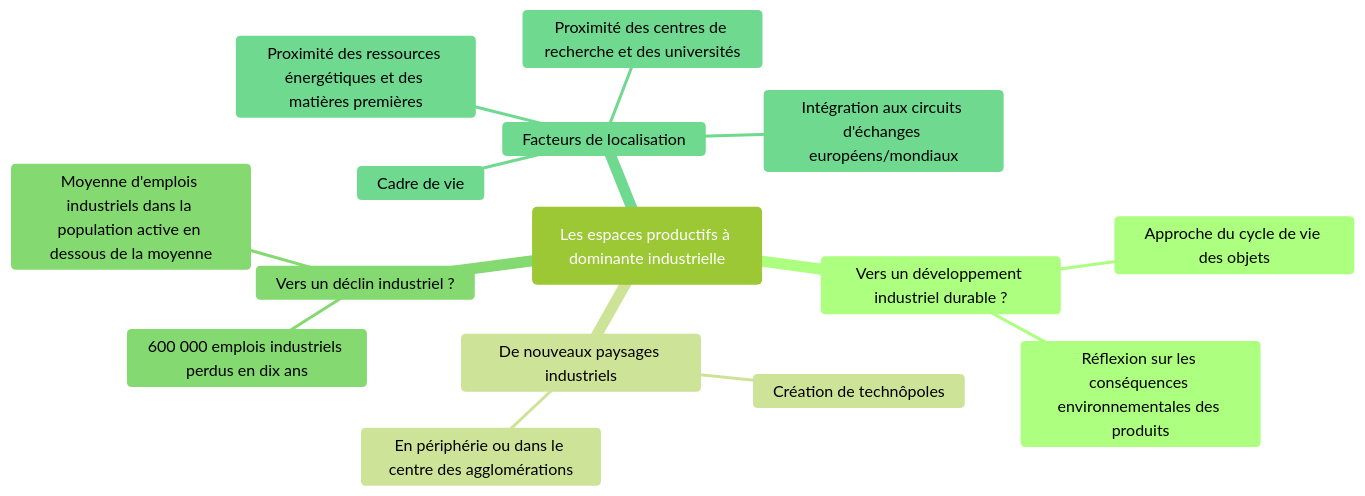
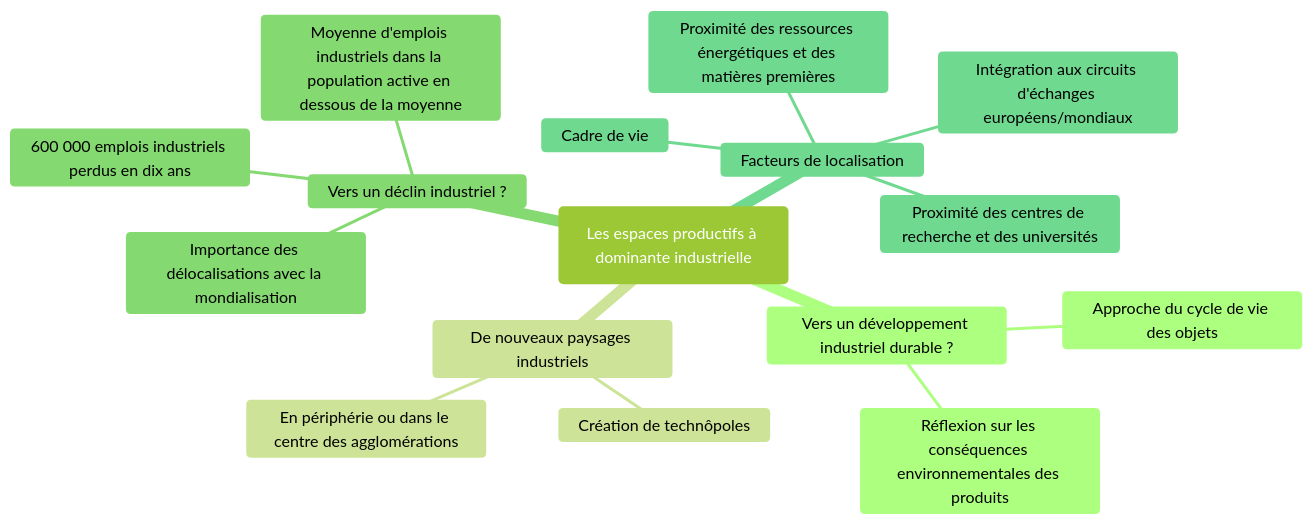
One commit to Labfox/Cours changed the first of 2 diagrams in docs/history-geography/geography/theme1/chapter2/main.md. Above: the diagram before and after it, drawn with Mermaid (forest theme). The commit also changed other lines of this file and 4 other files, not shown here.

````diff
--- a/docs/history-geography/geography/theme1/chapter2/main.md
+++ b/docs/history-geography/geography/theme1/chapter2/main.md
@@ -61,18 +61,20 @@
 ```mermaid
 mindmap
     root (Les espaces productifs à dominante industrielle)
         Vers un développement industriel durable ?
             Approche du cycle de vie des objets
             Réflexion sur les conséquences environnementales des produits
         De nouveaux paysages industriels
             Création de technôpoles
             En périphérie ou dans le centre des agglomérations
         Vers un déclin industriel ?
+            Importance des délocalisations avec la mondialisation
+            
             600 000 emplois industriels perdus en dix ans
             Moyenne d'emplois industriels dans la population active en dessous de la moyenne
         Facteurs de localisation
             Proximité des ressources énergétiques et des matières premières
             Proximité des centres de recherche et des universités
             Cadre de vie
             Intégration aux circuits d'échanges européens/mondiaux
 ```
````
